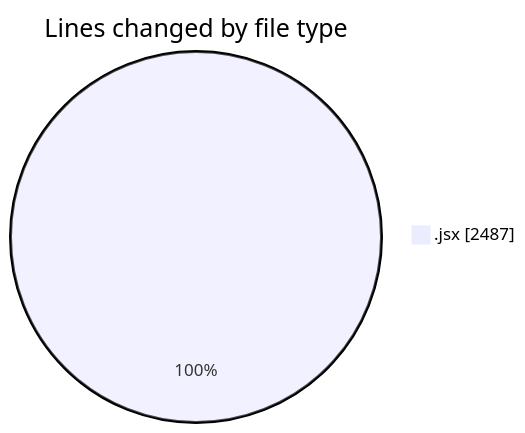
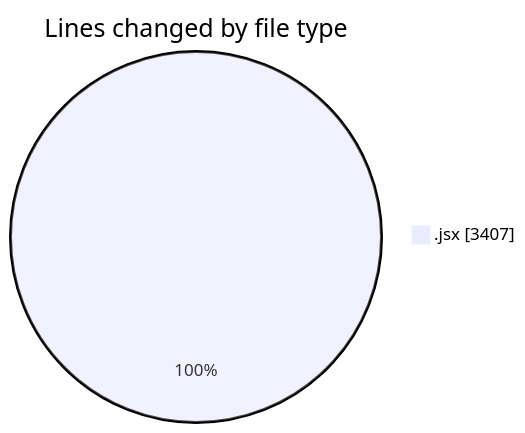
Before and after one commit to nxtqubesakshisongat/code-tracking: the first of 2 diagrams in 2025-05-05/nxtqube_webapp/README.md, drawn with Mermaid. The commit also changed other lines of this file and 1 other file, not shown here.

````diff
--- a/2025-05-05/nxtqube_webapp/README.md
+++ b/2025-05-05/nxtqube_webapp/README.md
@@ -20,5 +20,5 @@
 ```mermaid
 pie showData
 title Lines changed by file type
-".jsx" : 2487
+".jsx" : 3407
 ```
````
